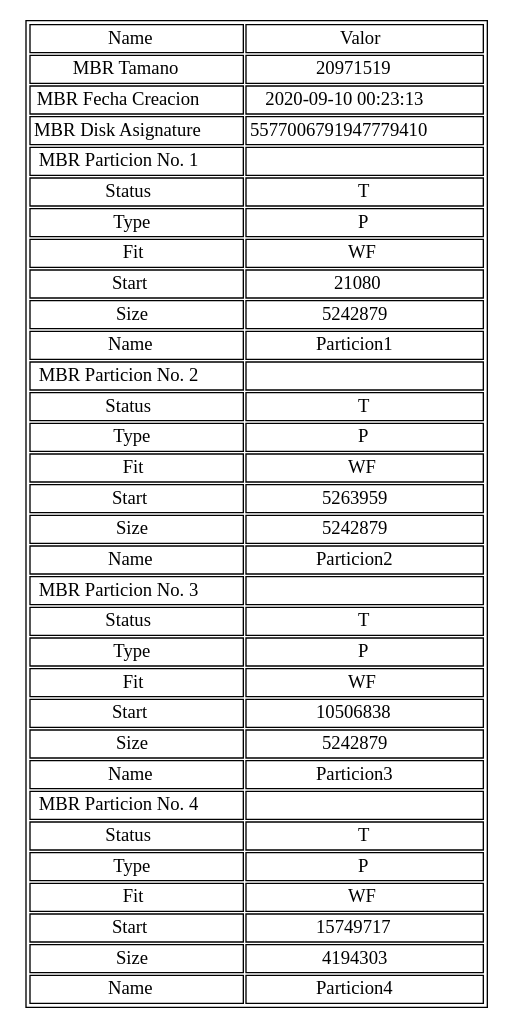
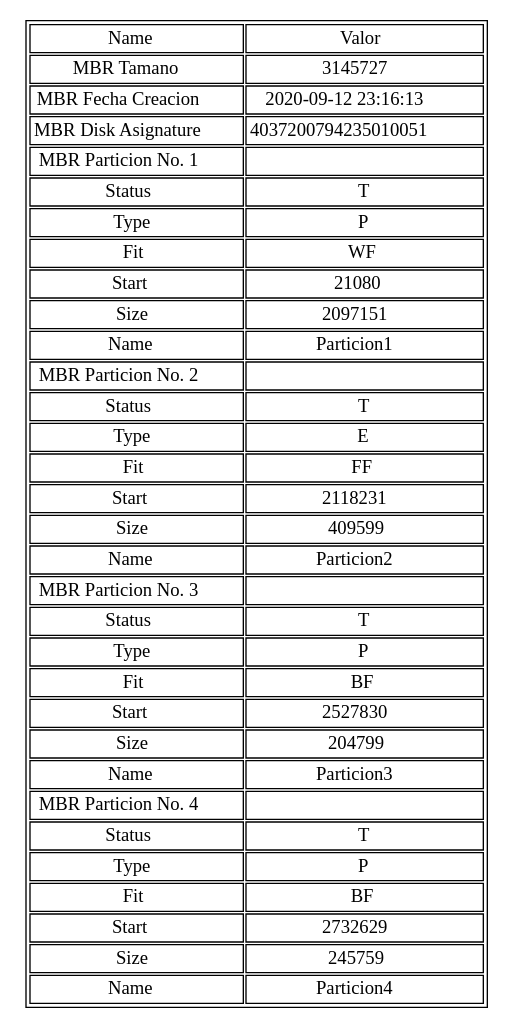
Before and after one commit to JoseMorente98/MIA-Proyecto-1: the diagram in Controlador/ReporteControlador/mbr.dot, drawn with Graphviz. The commit also changed 5 other files, not shown here.

```diff
--- a/Controlador/ReporteControlador/mbr.dot
+++ b/Controlador/ReporteControlador/mbr.dot
@@ -1,39 +1,39 @@
 digraph {
 tbl [ 
 shape=plaintext 
 label=<
 <table border='1' cellborder='1'>
 <tr><td>Name</td><td>Valor</td></tr>
-<tr><td>MBR Tamano</td><td>20971519</td></tr>
-<tr><td>MBR Fecha Creacion</td><td>2020-09-10 00:23:13</td></tr>
-<tr><td>MBR Disk Asignature</td><td>5577006791947779410</td></tr>
+<tr><td>MBR Tamano</td><td>3145727</td></tr>
+<tr><td>MBR Fecha Creacion</td><td>2020-09-12 23:16:13</td></tr>
+<tr><td>MBR Disk Asignature</td><td>4037200794235010051</td></tr>
 <tr><td>MBR Particion No. 1</td><td></td></tr>
 <tr><td>Status</td><td>T</td></tr>
 <tr><td>Type</td><td>P</td></tr>
 <tr><td>Fit</td><td>WF</td></tr>
 <tr><td>Start</td><td>21080</td></tr>
-<tr><td>Size</td><td>5242879</td></tr>
+<tr><td>Size</td><td>2097151</td></tr>
 <tr><td>Name</td><td>Particion1</td></tr>
 <tr><td>MBR Particion No. 2</td><td></td></tr>
 <tr><td>Status</td><td>T</td></tr>
-<tr><td>Type</td><td>P</td></tr>
-<tr><td>Fit</td><td>WF</td></tr>
-<tr><td>Start</td><td>5263959</td></tr>
-<tr><td>Size</td><td>5242879</td></tr>
+<tr><td>Type</td><td>E</td></tr>
+<tr><td>Fit</td><td>FF</td></tr>
+<tr><td>Start</td><td>2118231</td></tr>
+<tr><td>Size</td><td>409599</td></tr>
 <tr><td>Name</td><td>Particion2</td></tr>
 <tr><td>MBR Particion No. 3</td><td></td></tr>
 <tr><td>Status</td><td>T</td></tr>
 <tr><td>Type</td><td>P</td></tr>
-<tr><td>Fit</td><td>WF</td></tr>
-<tr><td>Start</td><td>10506838</td></tr>
-<tr><td>Size</td><td>5242879</td></tr>
+<tr><td>Fit</td><td>BF</td></tr>
+<tr><td>Start</td><td>2527830</td></tr>
+<tr><td>Size</td><td>204799</td></tr>
 <tr><td>Name</td><td>Particion3</td></tr>
 <tr><td>MBR Particion No. 4</td><td></td></tr>
 <tr><td>Status</td><td>T</td></tr>
 <tr><td>Type</td><td>P</td></tr>
-<tr><td>Fit</td><td>WF</td></tr>
-<tr><td>Start</td><td>15749717</td></tr>
-<tr><td>Size</td><td>4194303</td></tr>
+<tr><td>Fit</td><td>BF</td></tr>
+<tr><td>Start</td><td>2732629</td></tr>
+<tr><td>Size</td><td>245759</td></tr>
 <tr><td>Name</td><td>Particion4</td></tr>
 </table>
 >];}
```
